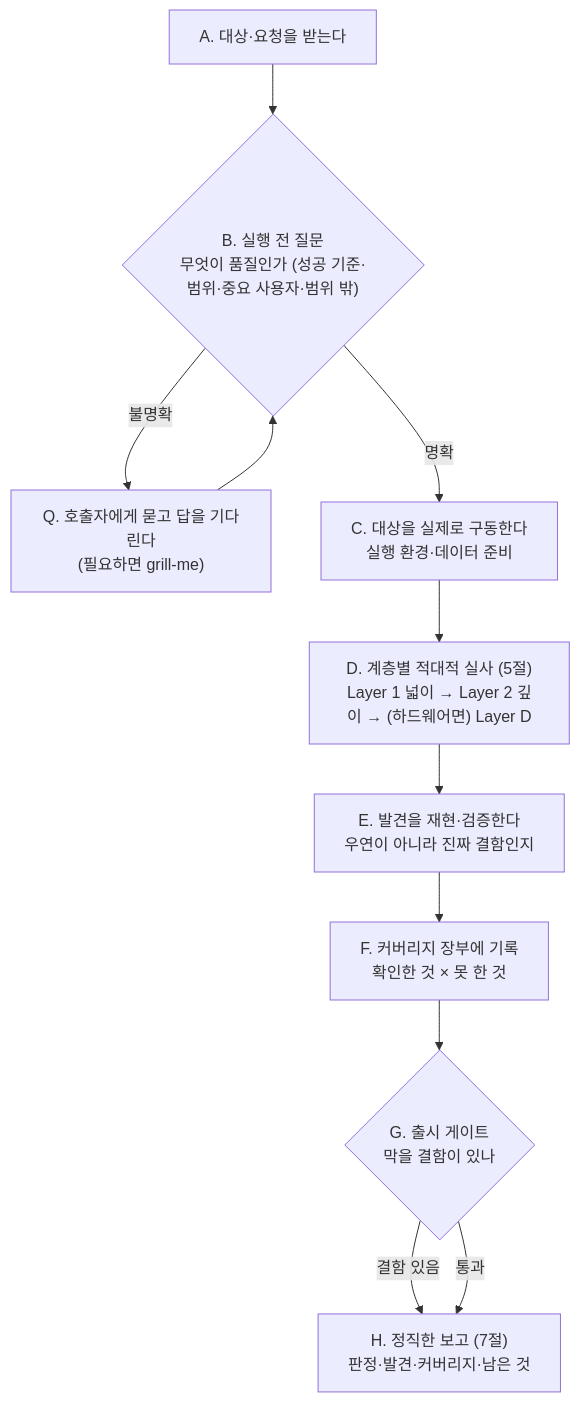
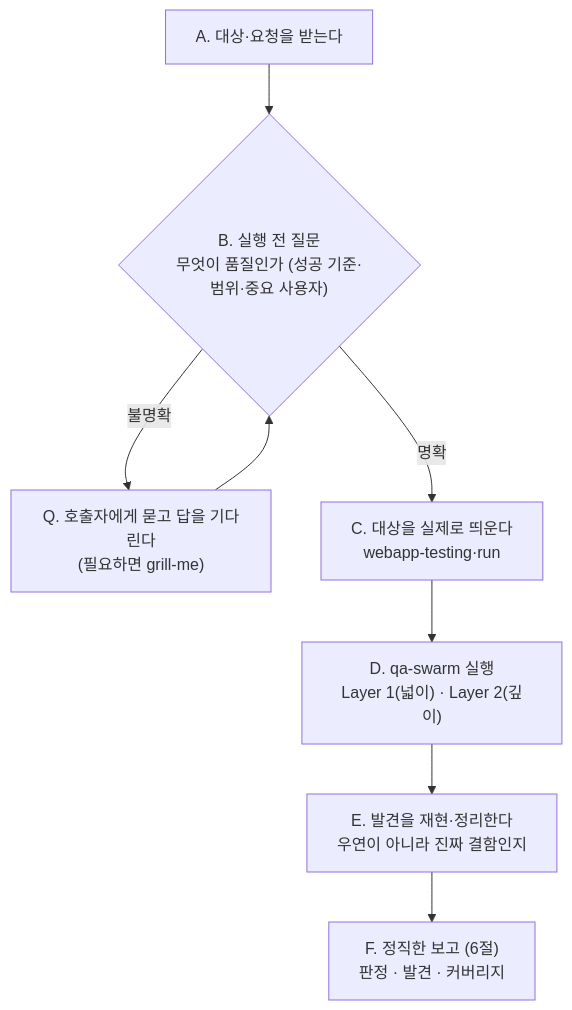
The diagram in .claude/agents/kimqa.md (GeonwooKim-fitogether/Template-repository), drawn with Mermaid before and after one commit. The commit also changed other lines of this file and 1 other file, not shown here.

First line of the commit message:
refactor(kimqa): qa-swarm 중심으로 얇게, DRBFM은 경계 밖으로

````diff
--- a/.claude/agents/kimqa.md
+++ b/.claude/agents/kimqa.md
@@ -46,18 +39,14 @@
 ```mermaid
 flowchart TD
     A["A. 대상·요청을 받는다"]
-    B{"B. 실행 전 질문<br/>무엇이 품질인가 (성공 기준·범위·중요 사용자·범위 밖)"}
+    B{"B. 실행 전 질문<br/>무엇이 품질인가 (성공 기준·범위·중요 사용자)"}
     Q["Q. 호출자에게 묻고 답을 기다린다<br/>(필요하면 grill-me)"]
-    C["C. 대상을 실제로 구동한다<br/>실행 환경·데이터 준비"]
-    D["D. 계층별 적대적 실사 (5절)<br/>Layer 1 넓이 → Layer 2 깊이 → (하드웨어면) Layer D"]
-    E["E. 발견을 재현·검증한다<br/>우연이 아니라 진짜 결함인지"]
-    F["F. 커버리지 장부에 기록<br/>확인한 것 × 못 한 것"]
-    G{"G. 출시 게이트<br/>막을 결함이 있나"}
-    H["H. 정직한 보고 (7절)<br/>판정·발견·커버리지·남은 것"]
+    C["C. 대상을 실제로 띄운다<br/>webapp-testing·run"]
+    D["D. qa-swarm 실행<br/>Layer 1(넓이) · Layer 2(깊이)"]
+    E["E. 발견을 재현·정리한다<br/>우연이 아니라 진짜 결함인지"]
+    F["F. 정직한 보고 (6절)<br/>판정 · 발견 · 커버리지"]
 
     A --> B
     B -->|"불명확"| Q --> B
-    B -->|"명확"| C --> D --> E --> F --> G
-    G -->|"결함 있음"| H
-    G -->|"통과"| H
+    B -->|"명확"| C --> D --> E --> F
 ```
````
